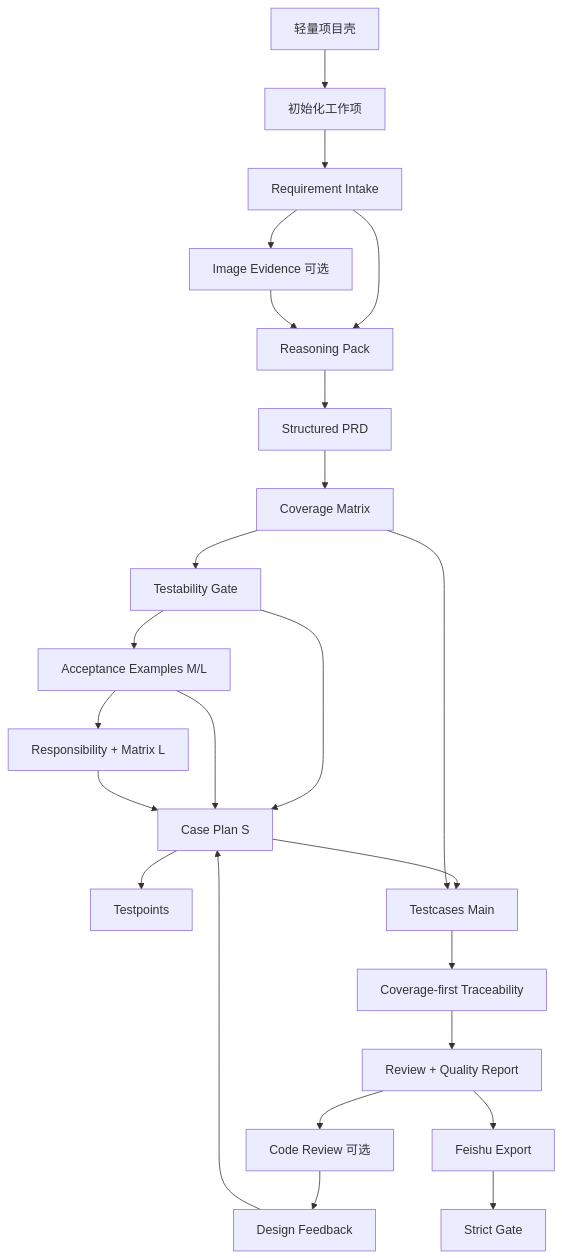
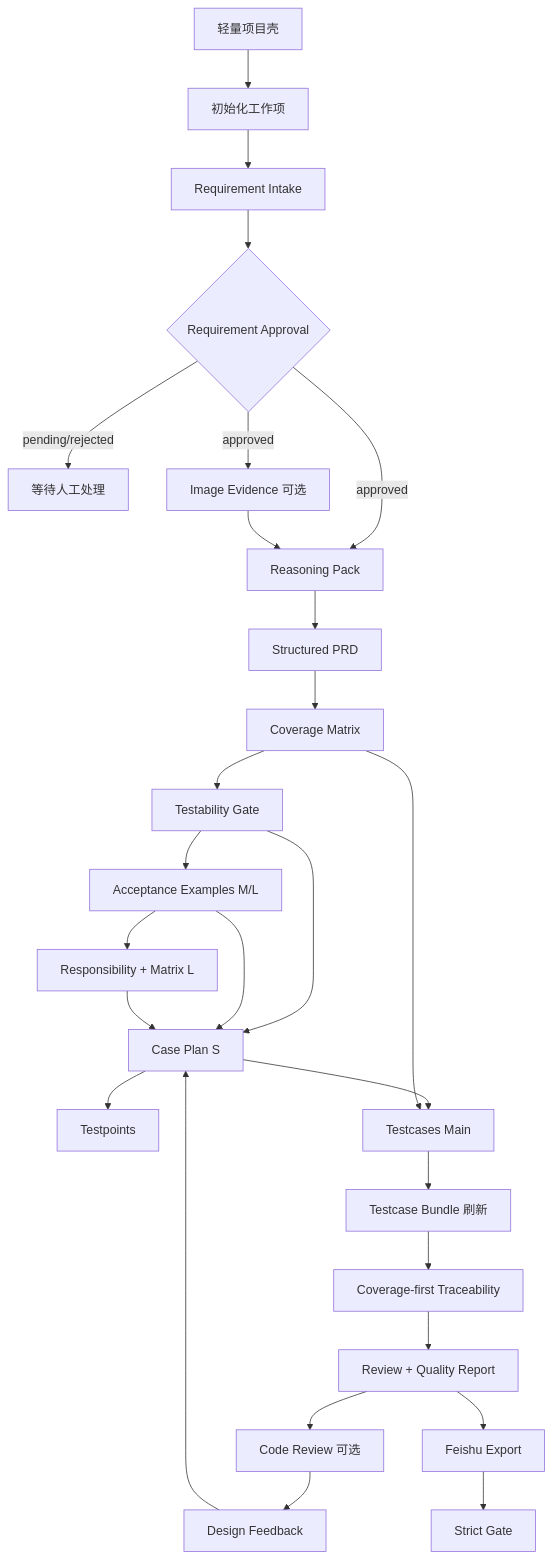
The second of 2 diagrams in AI_TEST_CASE_PIPELINE.md (youchangping2009-design/ai-test-pipeline-v1), drawn with Mermaid before and after one commit. The commit also changed other lines of this file and 8 other files, not shown here.

````diff
--- a/AI_TEST_CASE_PIPELINE.md
+++ b/AI_TEST_CASE_PIPELINE.md
@@ -593,26 +593,29 @@
 ```mermaid
 flowchart TD
     P[轻量项目壳] --> W[初始化工作项]
     W --> RI[Requirement Intake]
-    RI --> R[Reasoning Pack]
-    RI --> IE[Image Evidence 可选]
+    RI --> RA{Requirement Approval}
+    RA -->|pending/rejected| WAIT[等待人工处理]
+    RA -->|approved| R[Reasoning Pack]
+    RA -->|approved| IE[Image Evidence 可选]
     IE --> R
     R --> SP[Structured PRD]
     SP --> COV[Coverage Matrix]
     COV --> TG[Testability Gate]
     TG --> AE[Acceptance Examples M/L]
     AE --> TD[Responsibility + Matrix L]
     TG --> CP[Case Plan S]
     AE --> CP
     TD --> CP
     CP --> TP[Testpoints]
     CP --> TC[Testcases Main]
     COV --> TC
-    TC --> TR[Coverage-first Traceability]
+    TC --> BUNDLE[Testcase Bundle 刷新]
+    BUNDLE --> TR[Coverage-first Traceability]
     TR --> RV[Review + Quality Report]
     RV --> CR[Code Review 可选]
     CR --> DF[Design Feedback]
     DF --> CP
     RV --> EX[Feishu Export]
     EX --> SG[Strict Gate]
 ```
````
